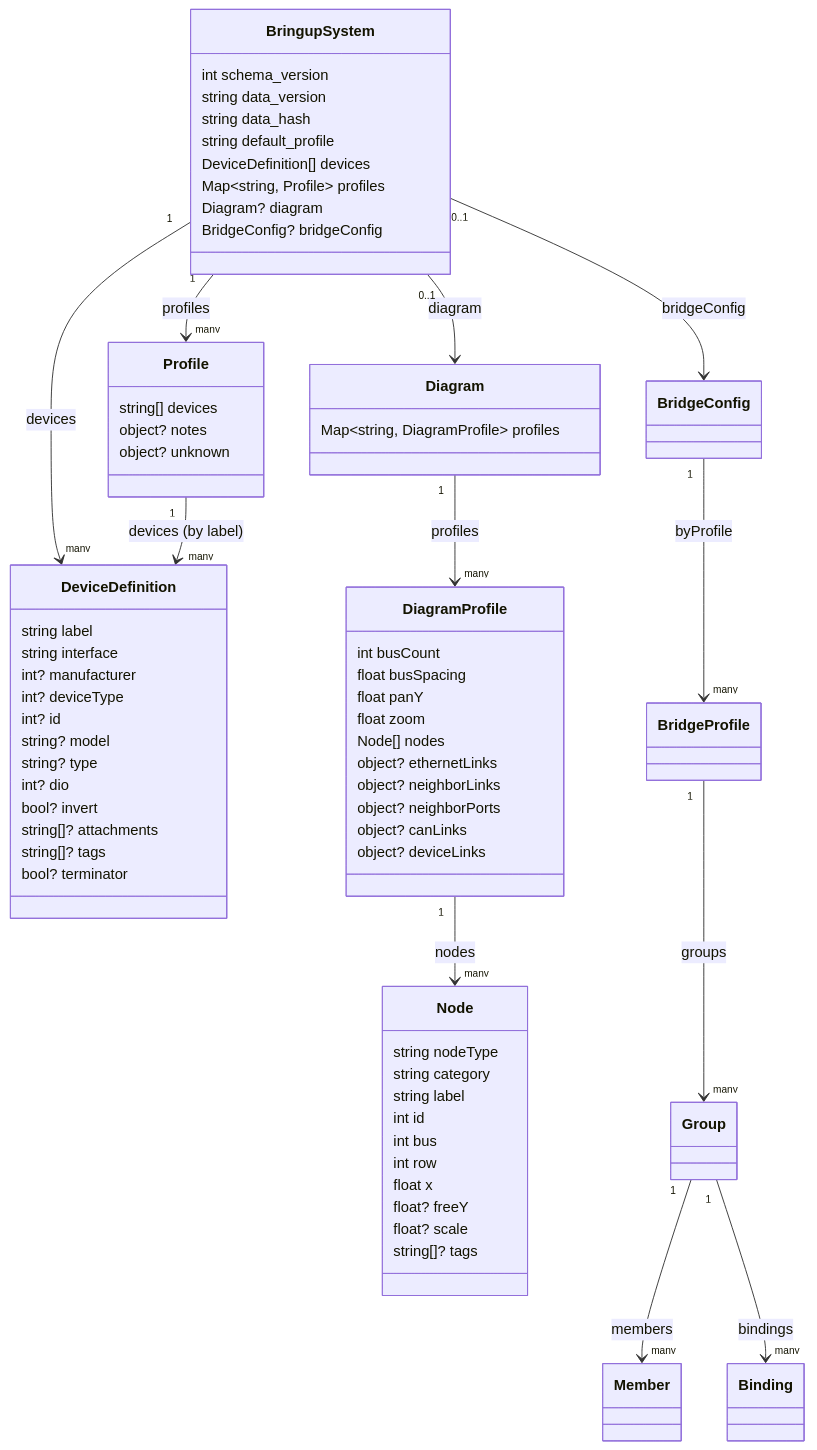
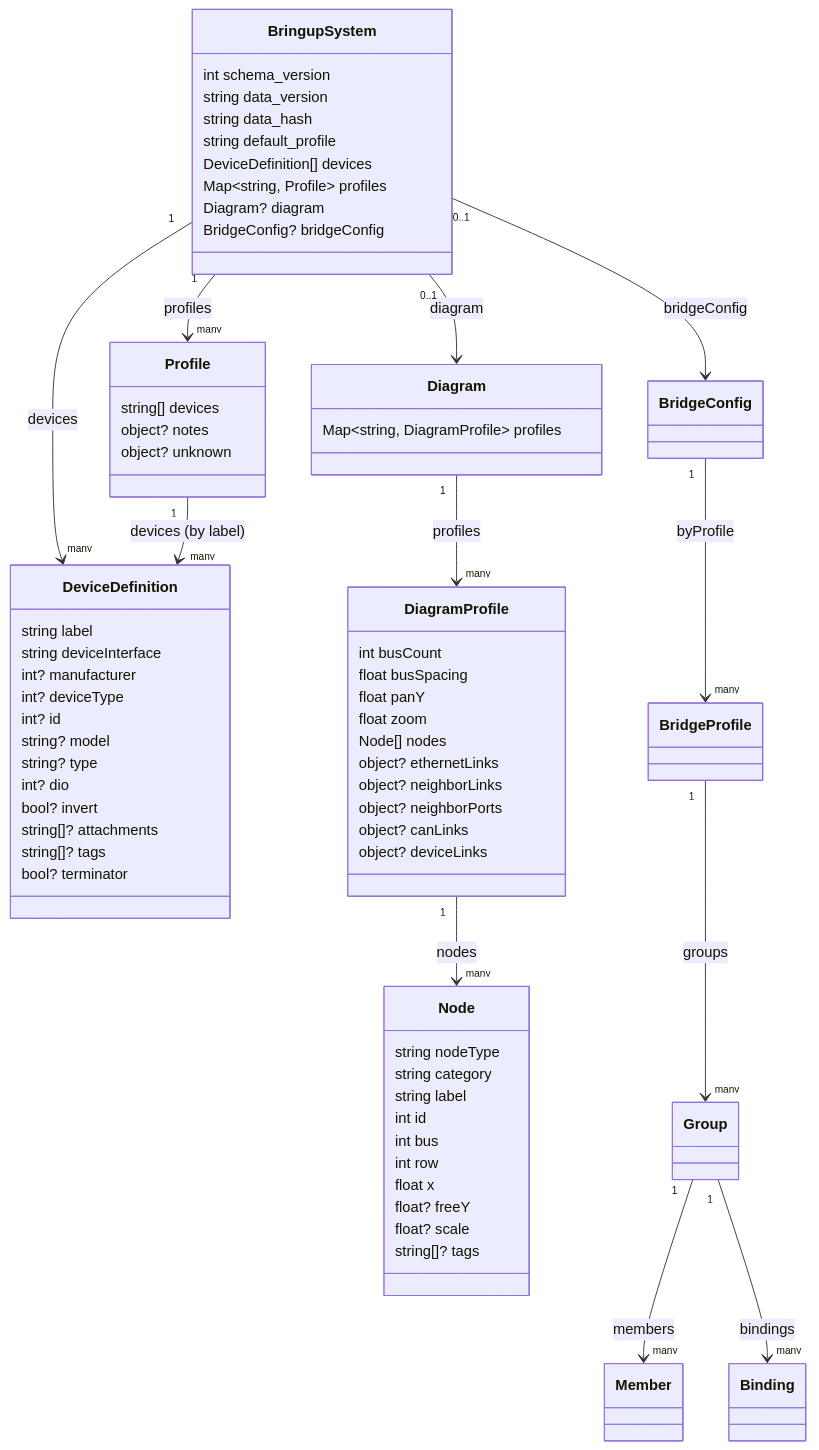
One commit to dmonachello/swerveBringupMotorTest1 changed the first of 2 diagrams in docs/bringup_profiles_schema.md. Above: the diagram before and after it, drawn with Mermaid. The commit also changed 20 other files, not shown here.

Commit message:
Migrate interface -> deviceInterface (compat)

````diff
--- a/docs/bringup_profiles_schema.md
+++ b/docs/bringup_profiles_schema.md
@@ -5,76 +5,76 @@
 ```mermaid
 classDiagram
     class BringupSystem {
         int schema_version
         string data_version
         string data_hash
         string default_profile
         DeviceDefinition[] devices
         Map~string, Profile~ profiles
         Diagram? diagram
         BridgeConfig? bridgeConfig
     }
 
     class Profile {
         string[] devices
         object? notes
         object? unknown
     }
 
     class DeviceDefinition {
         string label
-        string interface
+        string deviceInterface
         int? manufacturer
         int? deviceType
         int? id
         string? model
         string? type
         int? dio
         bool? invert
         string[]? attachments
         string[]? tags
         bool? terminator
     }
 
     class Diagram {
         Map~string, DiagramProfile~ profiles
     }
 
     class DiagramProfile {
         int busCount
         float busSpacing
         float panY
         float zoom
         Node[] nodes
         object? ethernetLinks
         object? neighborLinks
         object? neighborPorts
         object? canLinks
         object? deviceLinks
     }
 
     class Node {
         string nodeType
         string category
         string label
         int id
         int bus
         int row
         float x
         float? freeY
         float? scale
         string[]? tags
     }
 
     BringupSystem "1" --> "many" Profile : profiles
     BringupSystem "1" --> "many" DeviceDefinition : devices
     Profile "1" --> "many" DeviceDefinition : devices (by label)
     BringupSystem "0..1" --> Diagram : diagram
     Diagram "1" --> "many" DiagramProfile : profiles
     DiagramProfile "1" --> "many" Node : nodes
     BringupSystem "0..1" --> BridgeConfig : bridgeConfig
     BridgeConfig "1" --> "many" BridgeProfile : byProfile
     BridgeProfile "1" --> "many" Group : groups
     Group "1" --> "many" Member : members
     Group "1" --> "many" Binding : bindings
 ```
````
